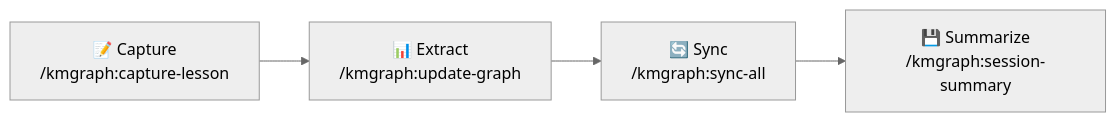
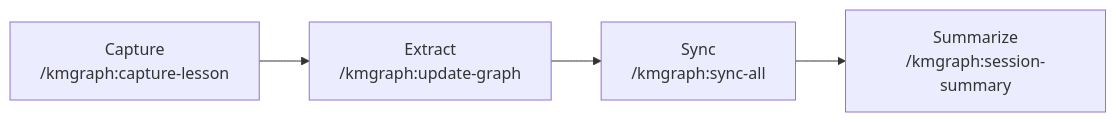
Before and after one commit to technomensch/knowledge-graph: the diagram in docs/quickstart.mdx, drawn with Mermaid. The commit also changed other lines of this file and 30 other files, not shown here.

````diff
--- a/docs/quickstart.mdx
+++ b/docs/quickstart.mdx
@@ -130,10 +108,6 @@
 ```mermaid
-%%{init: { 'flowchart': { 'useMaxWidth': true }, 'theme': 'neutral' }}%%
 graph LR
-    A["📝 Capture<br/>/kmgraph:capture-lesson"] --> B["📊 Extract<br/>/kmgraph:update-graph"]
-    B --> C["🔄 Sync<br/>/kmgraph:sync-all"]
-    C --> D["💾 Summarize<br/>/kmgraph:session-summary"]
-
-    accTitle: Knowledge Capture Pipeline
-    accDescr: Four-step workflow: Capture lessons feeds into Extract patterns, which feeds into Sync across graphs, which feeds into Summarize session.
+    A["Capture\n/kmgraph:capture-lesson"] --> B["Extract\n/kmgraph:update-graph"]
+    B --> C["Sync\n/kmgraph:sync-all"]
+    C --> D["Summarize\n/kmgraph:session-summary"]
 ```
````
